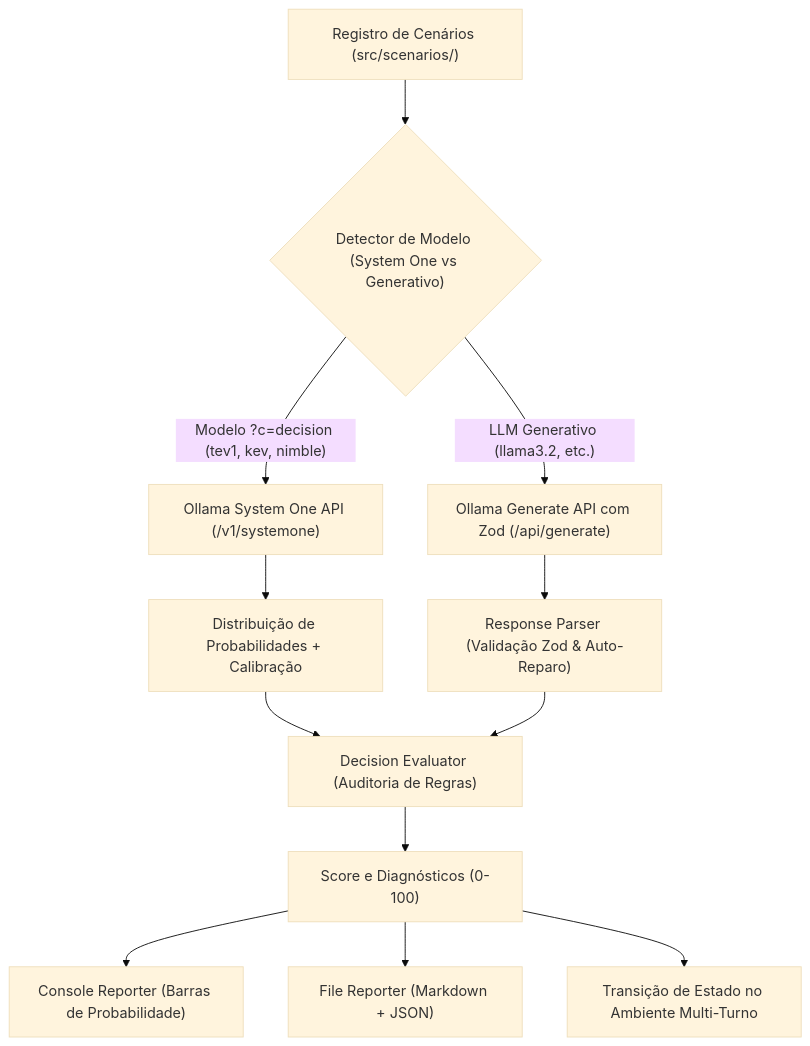
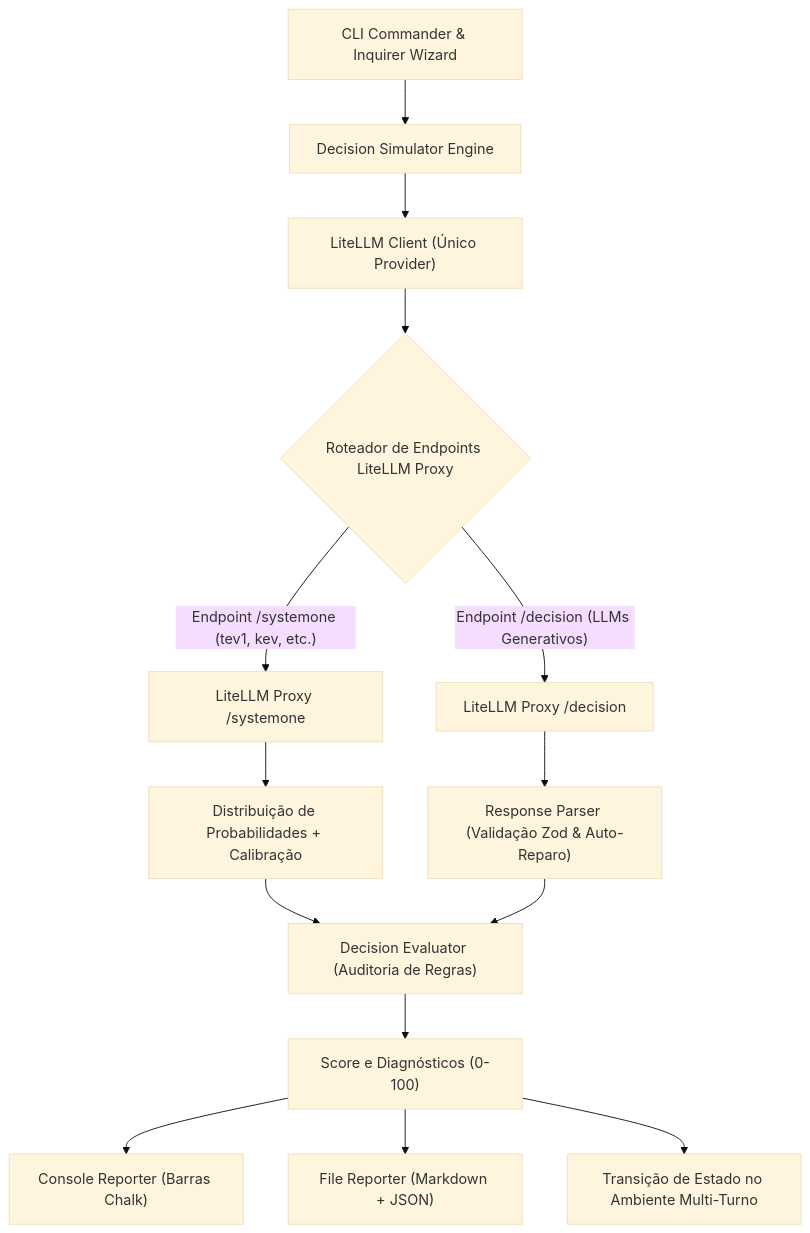
One commit to lildiop2/decision-llm-simulator changed the diagram in README.md. Above: the diagram before and after it, drawn with Mermaid (base theme). The commit also changed other lines of this file and 13 other files, not shown here.

First line of the commit message:
refactor: re-architect simulator to use LiteLLM proxy as single provider and inquirer cli

````diff
--- a/README.md
+++ b/README.md
@@ -23,14 +25,16 @@
 ```mermaid
 flowchart TD
-    A["Registro de Cenários (src/scenarios/)"] --> B{"Detector de Modelo (System One vs Generativo)"}
-    B -- "Modelo ?c=decision (tev1, kev, nimble)" --> C["Ollama System One API (/v1/systemone)"]
-    B -- "LLM Generativo (llama3.2, etc.)" --> D["Ollama Generate API com Zod (/api/generate)"]
-    C --> E["Distribuição de Probabilidades + Calibração"]
-    D --> F["Response Parser (Validação Zod & Auto-Reparo)"]
-    E --> G["Decision Evaluator (Auditoria de Regras)"]
-    F --> G
-    G --> H["Score e Diagnósticos (0-100)"]
-    H --> I["Console Reporter (Barras de Probabilidade)"]
-    H --> J["File Reporter (Markdown + JSON)"]
-    H --> K["Transição de Estado no Ambiente Multi-Turno"]
+    A["CLI Commander & Inquirer Wizard"] --> B["Decision Simulator Engine"]
+    B --> C["LiteLLM Client (Único Provider)"]
+    C --> D{"Roteador de Endpoints LiteLLM Proxy"}
+    D -- "Endpoint /systemone (tev1, kev, etc.)" --> E["LiteLLM Proxy /systemone"]
+    D -- "Endpoint /decision (LLMs Generativos)" --> F["LiteLLM Proxy /decision"]
+    E --> G["Distribuição de Probabilidades + Calibração"]
+    F --> H["Response Parser (Validação Zod & Auto-Reparo)"]
+    G --> I["Decision Evaluator (Auditoria de Regras)"]
+    H --> I
+    I --> J["Score e Diagnósticos (0-100)"]
+    J --> K["Console Reporter (Barras Chalk)"]
+    J --> L["File Reporter (Markdown + JSON)"]
+    J --> M["Transição de Estado no Ambiente Multi-Turno"]
 ```
````
